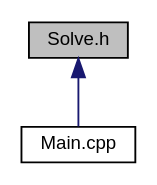
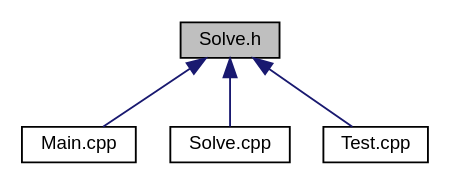
The diagram in docs/_solve_8h__dep__incl.dot (dainbow/quadro), drawn with Graphviz before and after one commit. The commit also changed 40 other files, not shown here.

```diff
--- a/docs/_solve_8h__dep__incl.dot
+++ b/docs/_solve_8h__dep__incl.dot
@@ -1,9 +1,13 @@
 digraph "Solve.h"
 {
  // LATEX_PDF_SIZE
   edge [fontname="Helvetica",fontsize="10",labelfontname="Helvetica",labelfontsize="10"];
   node [fontname="Helvetica",fontsize="10",shape=record];
   Node1 [label="Solve.h",height=0.2,width=0.4,color="black", fillcolor="grey75", style="filled", fontcolor="black",tooltip=" "];
   Node1 -> Node2 [dir="back",color="midnightblue",fontsize="10",style="solid",fontname="Helvetica"];
   Node2 [label="Main.cpp",height=0.2,width=0.4,color="black", fillcolor="white", style="filled",URL="$_main_8cpp.html",tooltip=" "];
+  Node1 -> Node3 [dir="back",color="midnightblue",fontsize="10",style="solid",fontname="Helvetica"];
+  Node3 [label="Solve.cpp",height=0.2,width=0.4,color="black", fillcolor="white", style="filled",URL="$_solve_8cpp.html",tooltip=" "];
+  Node1 -> Node4 [dir="back",color="midnightblue",fontsize="10",style="solid",fontname="Helvetica"];
+  Node4 [label="Test.cpp",height=0.2,width=0.4,color="black", fillcolor="white", style="filled",URL="$_test_8cpp.html",tooltip=" "];
 }
```
